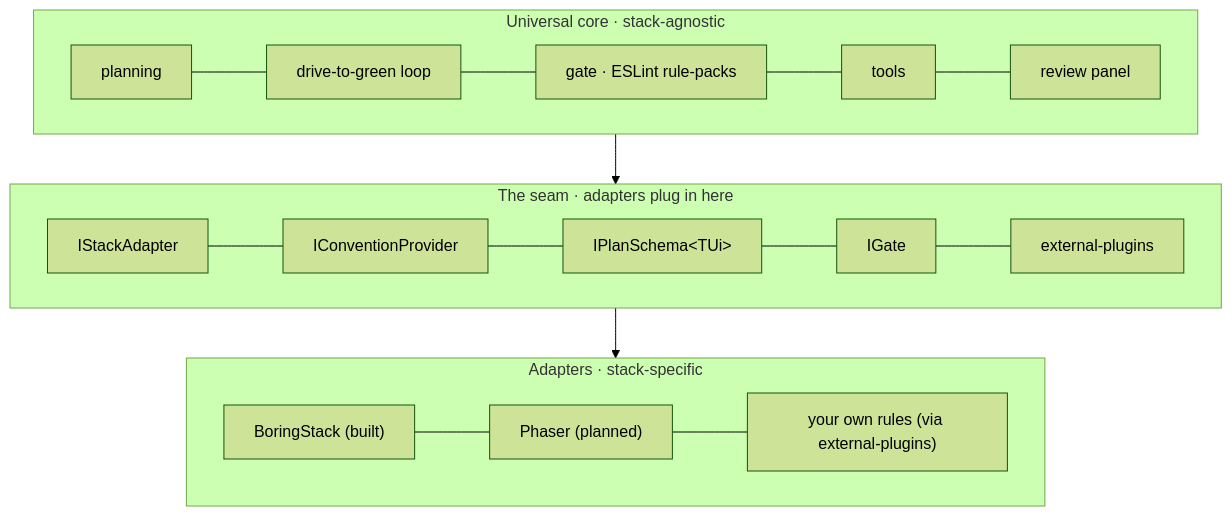
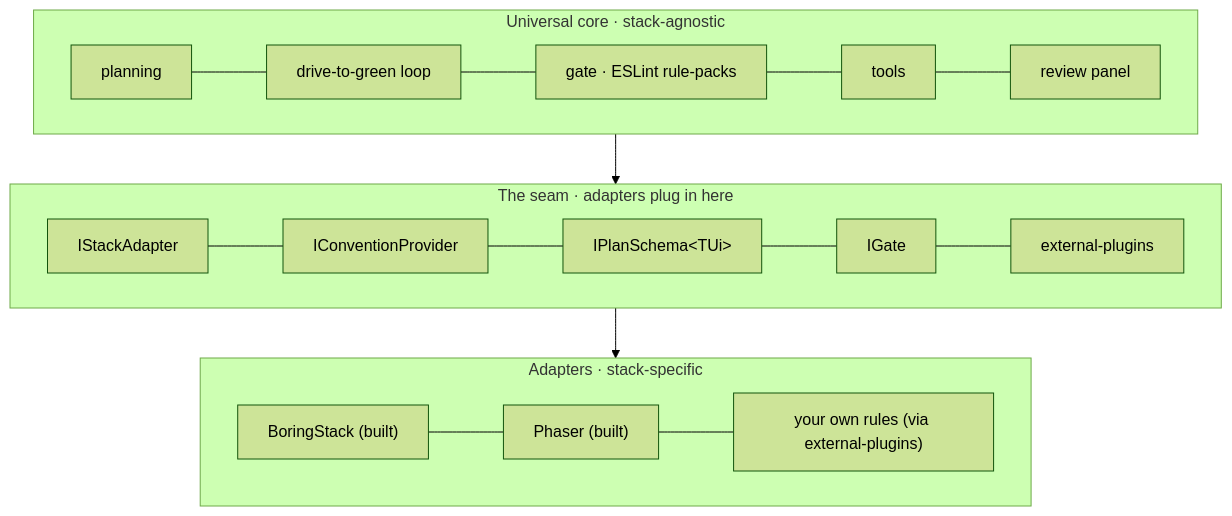
The first of 2 diagrams in apps/docs/src/content/docs/big-picture.mdx (agjs/tsforge), drawn with Mermaid (forest theme) before and after one commit. The commit also changed other lines of this file and 43 other files, not shown here.

First line of the commit message:
feat: add a Phaser stack adapter and /scaffold archetype (#341)

````diff
--- a/apps/docs/src/content/docs/big-picture.mdx
+++ b/apps/docs/src/content/docs/big-picture.mdx
@@ -16,16 +16,16 @@
 ```mermaid
 flowchart TB
   subgraph core["Universal core · stack-agnostic"]
     direction LR
     A["planning"] --- B["drive-to-green loop"] --- C["gate · ESLint rule-packs"] --- D["tools"] --- E["review panel"]
   end
   subgraph seam["The seam · adapters plug in here"]
     direction LR
     S1["IStackAdapter"] --- S2["IConventionProvider"] --- S3["IPlanSchema&lt;TUi&gt;"] --- S4["IGate"] --- S5["external-plugins"]
   end
   subgraph adapters["Adapters · stack-specific"]
     direction LR
-    BS["BoringStack (built)"] --- PH["Phaser (planned)"] --- DD["your own rules (via external-plugins)"]
+    BS["BoringStack (built)"] --- PH["Phaser (built)"] --- DD["your own rules (via external-plugins)"]
   end
   core --> seam --> adapters
 ```
````
